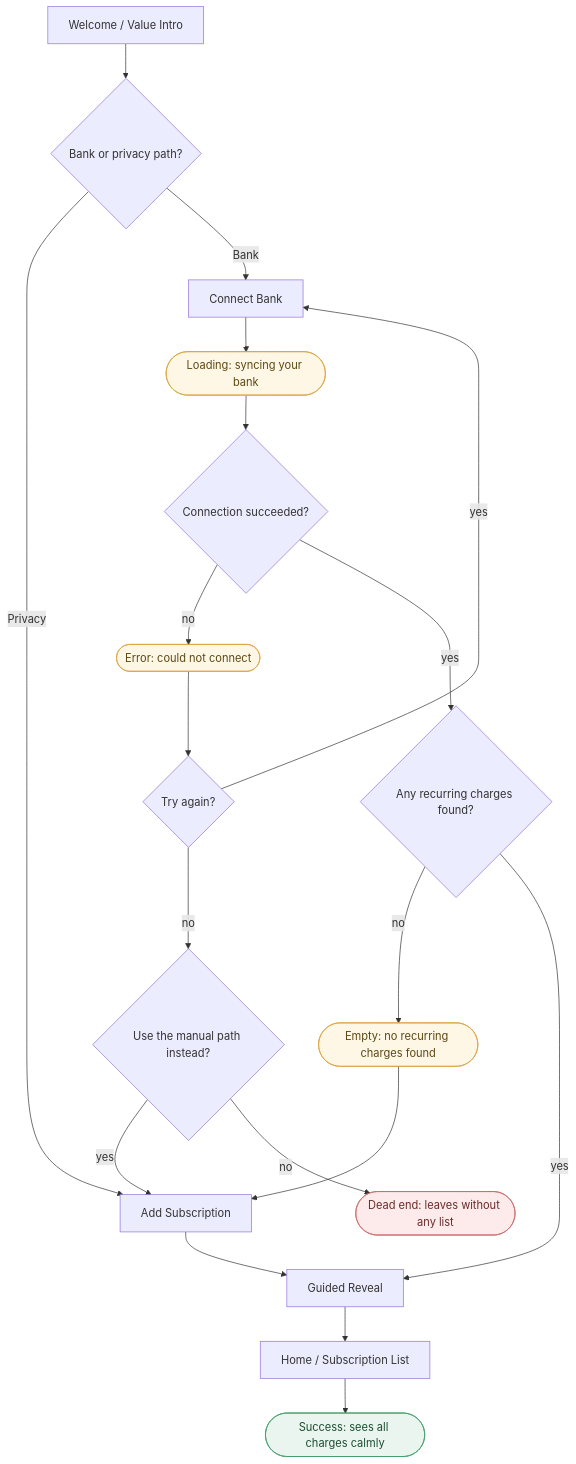
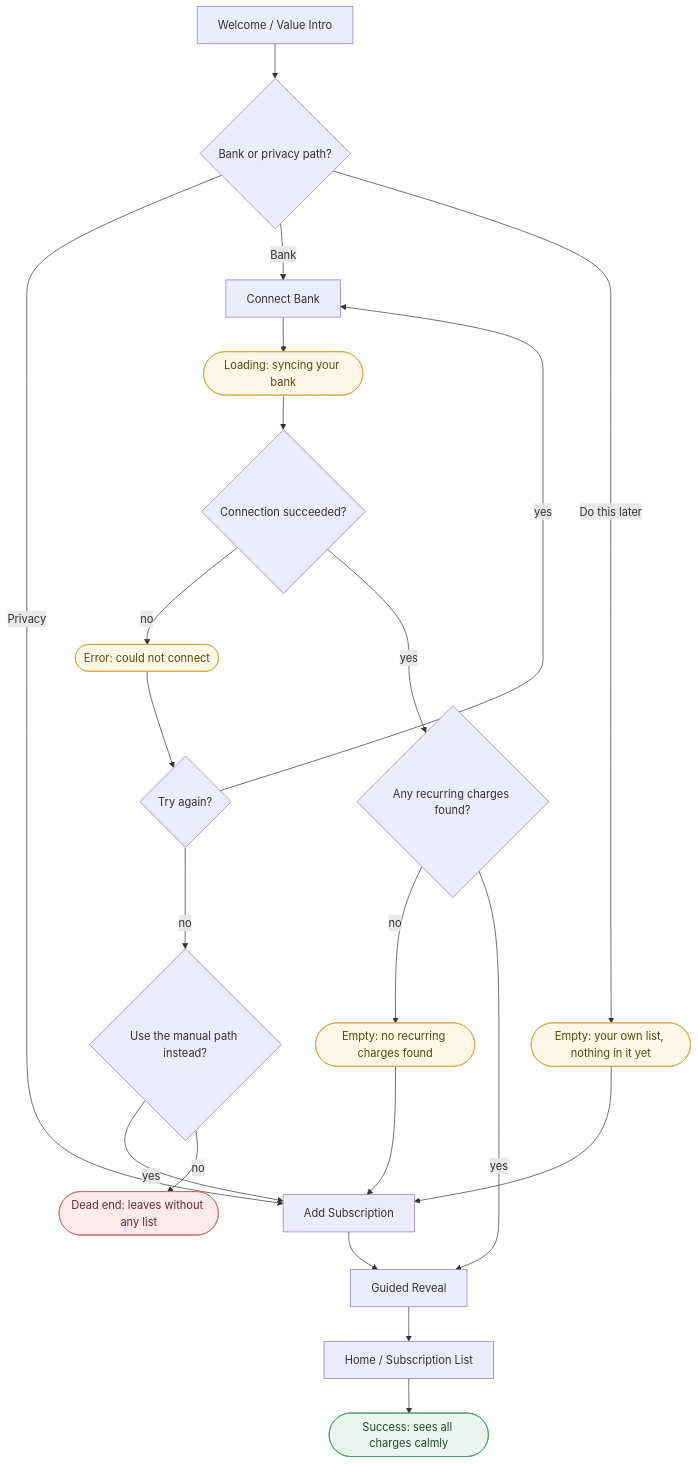
The first of 5 diagrams in ia/docs/flows.md (sergiodesign4u-dot/Tendd-Fintech), drawn with Mermaid before and after one commit. The commit also changed other lines of this file and 27 other files, not shown here.

````diff
--- a/ia/docs/flows.md
+++ b/ia/docs/flows.md
@@ -35,29 +43,31 @@
 ```mermaid
 flowchart TD
   classDef state fill:#fff7e6,stroke:#d9a441,color:#5c4813;
   classDef success fill:#e9f5ee,stroke:#3f9c68,color:#1e4d33;
   classDef dead fill:#fdeaea,stroke:#c96a6a,color:#6b2b2b;
 
   Welcome["Welcome / Value Intro"] --> PathQ{"Bank or privacy path?"}
   PathQ -->|Privacy| AddSub["Add Subscription"]
   PathQ -->|Bank| ConnectBank["Connect Bank"]
+  PathQ -->|"Do this later"| HomeEmpty(["Empty: your own list, nothing in it yet"])
+  HomeEmpty --> AddSub
   ConnectBank --> SyncLoad(["Loading: syncing your bank"])
   SyncLoad --> ConnOK{"Connection succeeded?"}
   ConnOK -->|no| ConnErr(["Error: could not connect"])
   ConnErr --> RetryQ{"Try again?"}
   RetryQ -->|yes| ConnectBank
   RetryQ -->|no| FallbackQ{"Use the manual path instead?"}
   FallbackQ -->|yes| AddSub
   FallbackQ -->|no| StuckExit(["Dead end: leaves without any list"])
   ConnOK -->|yes| FoundQ{"Any recurring charges found?"}
   FoundQ -->|no| NoneEmpty(["Empty: no recurring charges found"])
   NoneEmpty --> AddSub
   FoundQ -->|yes| Reveal["Guided Reveal"]
   AddSub --> Reveal
   Reveal --> Home["Home / Subscription List"]
   Home --> Success(["Success: sees all charges calmly"])
 
-  class SyncLoad,ConnErr,NoneEmpty state
+  class SyncLoad,ConnErr,NoneEmpty,HomeEmpty state
   class Success success
   class StuckExit dead
 ```
````
